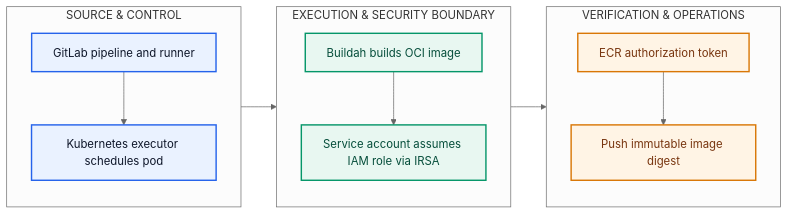
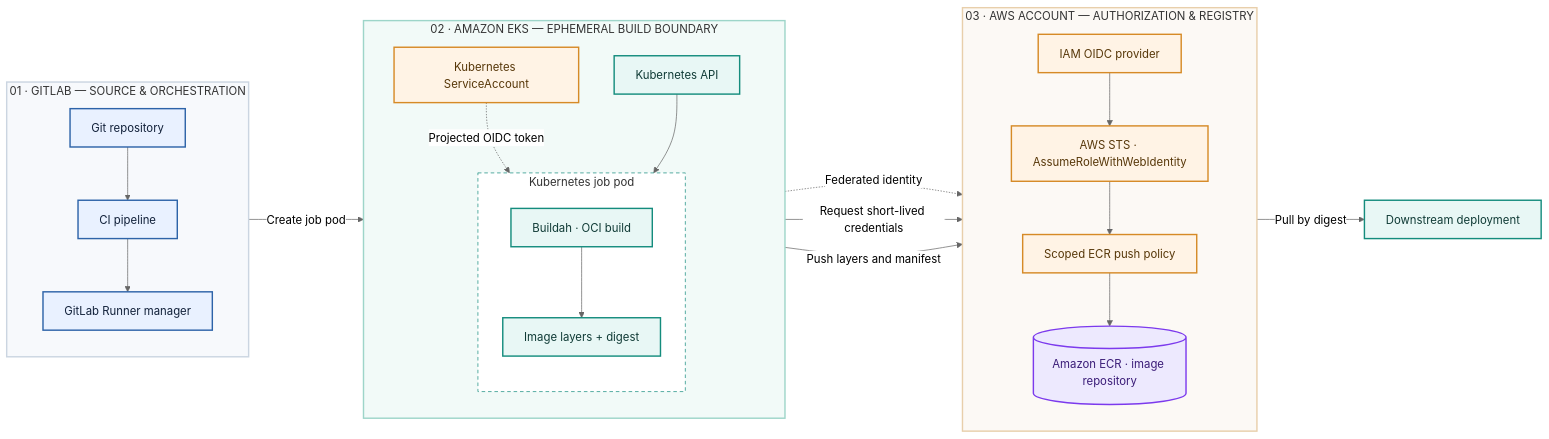
One commit to platform-engineering-labz/platform-engineering changed the diagram in engineering-reference/guides/gitlab/kubernetes-runner-buildah-ecr/diagram.mmd. Above: the diagram before and after it, drawn with Mermaid (neutral theme).

Commit message:
docs: architect GitLab Buildah ECR diagram with IAM and EKS trust boundaries

```diff
--- a/engineering-reference/guides/gitlab/kubernetes-runner-buildah-ecr/diagram.mmd
+++ b/engineering-reference/guides/gitlab/kubernetes-runner-buildah-ecr/diagram.mmd
@@ -1,21 +1,47 @@
 flowchart LR
-  subgraph S0["SOURCE & CONTROL"]
+  subgraph SCM["01 · GITLAB — SOURCE & ORCHESTRATION"]
     direction TB
-    N0["GitLab pipeline and runner"] --> N1["Kubernetes executor schedules pod"]
+    REPO["Git repository"]
+    PIPE["CI pipeline"]
+    RUNNER["GitLab Runner manager"]
+    REPO --> PIPE --> RUNNER
   end
-  subgraph S1["EXECUTION & SECURITY BOUNDARY"]
+  subgraph CLUSTER["02 · AMAZON EKS — EPHEMERAL BUILD BOUNDARY"]
     direction TB
-    N2["Buildah builds OCI image"] --> N3["Service account assumes IAM role via IRSA"]
+    API["Kubernetes API"]
+    subgraph POD["Kubernetes job pod"]
+      direction TB
+      BUILD["Buildah · OCI build"]
+      IMAGE["Image layers + digest"]
+      BUILD --> IMAGE
+    end
+    SA["Kubernetes ServiceAccount"]
+    API --> POD
+    SA -. "Projected OIDC token" .-> BUILD
   end
-  N1 --> N2
-  subgraph S2["VERIFICATION & OPERATIONS"]
+  subgraph ACCOUNT["03 · AWS ACCOUNT — AUTHORIZATION & REGISTRY"]
     direction TB
-    N4["ECR authorization token"] --> N5["Push immutable image digest"]
+    OIDC["IAM OIDC provider"]
+    STS["AWS STS · AssumeRoleWithWebIdentity"]
+    IAM["Scoped ECR push policy"]
+    ECR[("Amazon ECR · image repository")]
+    OIDC --> STS --> IAM
+    IAM --> ECR
   end
-  N3 --> N4
-  classDef blue fill:#EAF2FF,stroke:#2563EB,stroke-width:2px,color:#0F172A
-  classDef green fill:#E8F7F1,stroke:#059669,stroke-width:2px,color:#064E3B
-  classDef amber fill:#FFF4E5,stroke:#D97706,stroke-width:2px,color:#78350F
-  class N0,N1 blue
-  class N2,N3 green
-  class N4,N5 amber
+  RUNNER -->|"Create job pod"| API
+  SA -. "Federated identity" .-> OIDC
+  BUILD -->|"Request short-lived credentials"| STS
+  IMAGE -->|"Push layers and manifest"| ECR
+  ECR -->|"Pull by digest"| DEPLOY["Downstream deployment"]
+  classDef source fill:#E9F1FF,stroke:#2D63A8,stroke-width:2px,color:#12213A
+  classDef execution fill:#E8F7F5,stroke:#148C7D,stroke-width:2px,color:#103B36
+  classDef identity fill:#FFF3E5,stroke:#D68A26,stroke-width:2px,color:#573709
+  classDef registry fill:#EDE9FE,stroke:#7C3AED,stroke-width:2px,color:#3B1D78
+  class REPO,PIPE,RUNNER source
+  class API,BUILD,IMAGE,DEPLOY execution
+  class SA,OIDC,STS,IAM identity
+  class ECR registry
+  style SCM fill:#F7F9FC,stroke:#CBD5E1,stroke-width:2px
+  style CLUSTER fill:#F2FAF8,stroke:#9ED5C9,stroke-width:2px
+  style POD fill:#FFFFFF,stroke:#148C7D,stroke-dasharray:5 4
+  style ACCOUNT fill:#FCF9F5,stroke:#E8CFAB,stroke-width:2px
```
